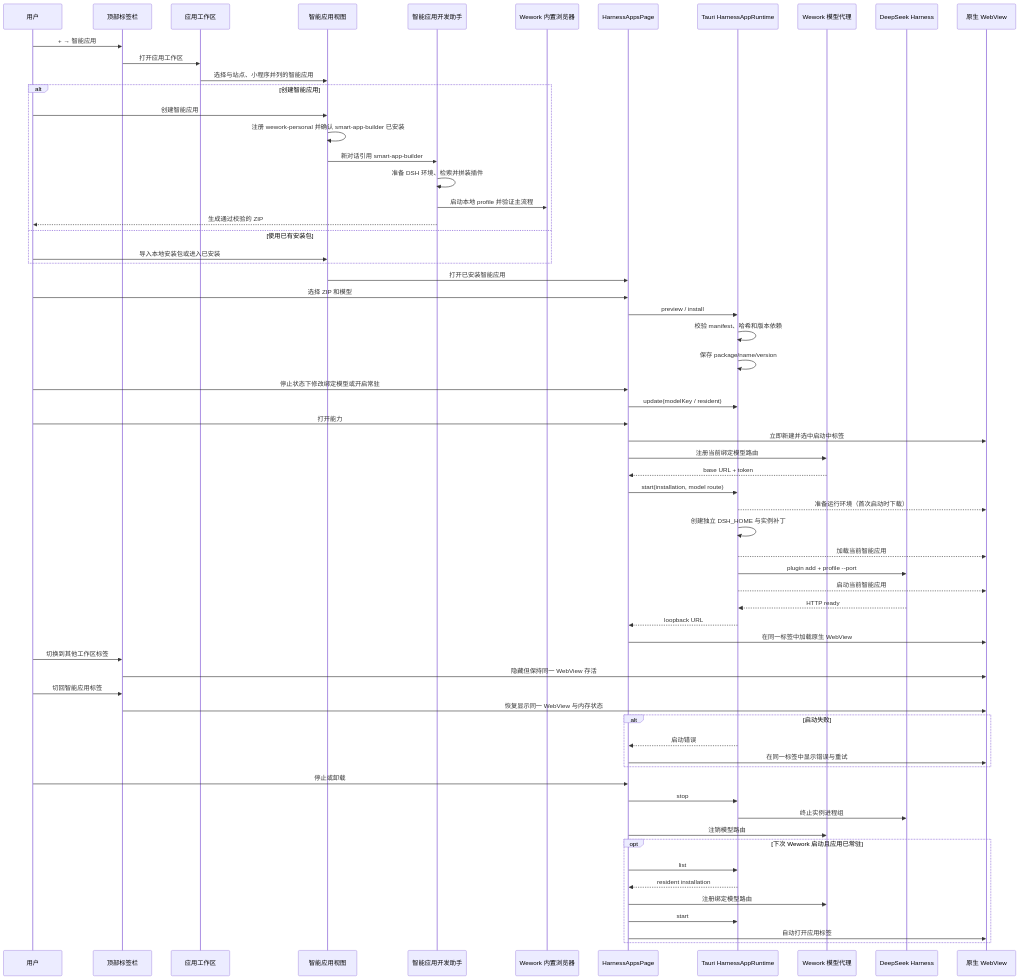
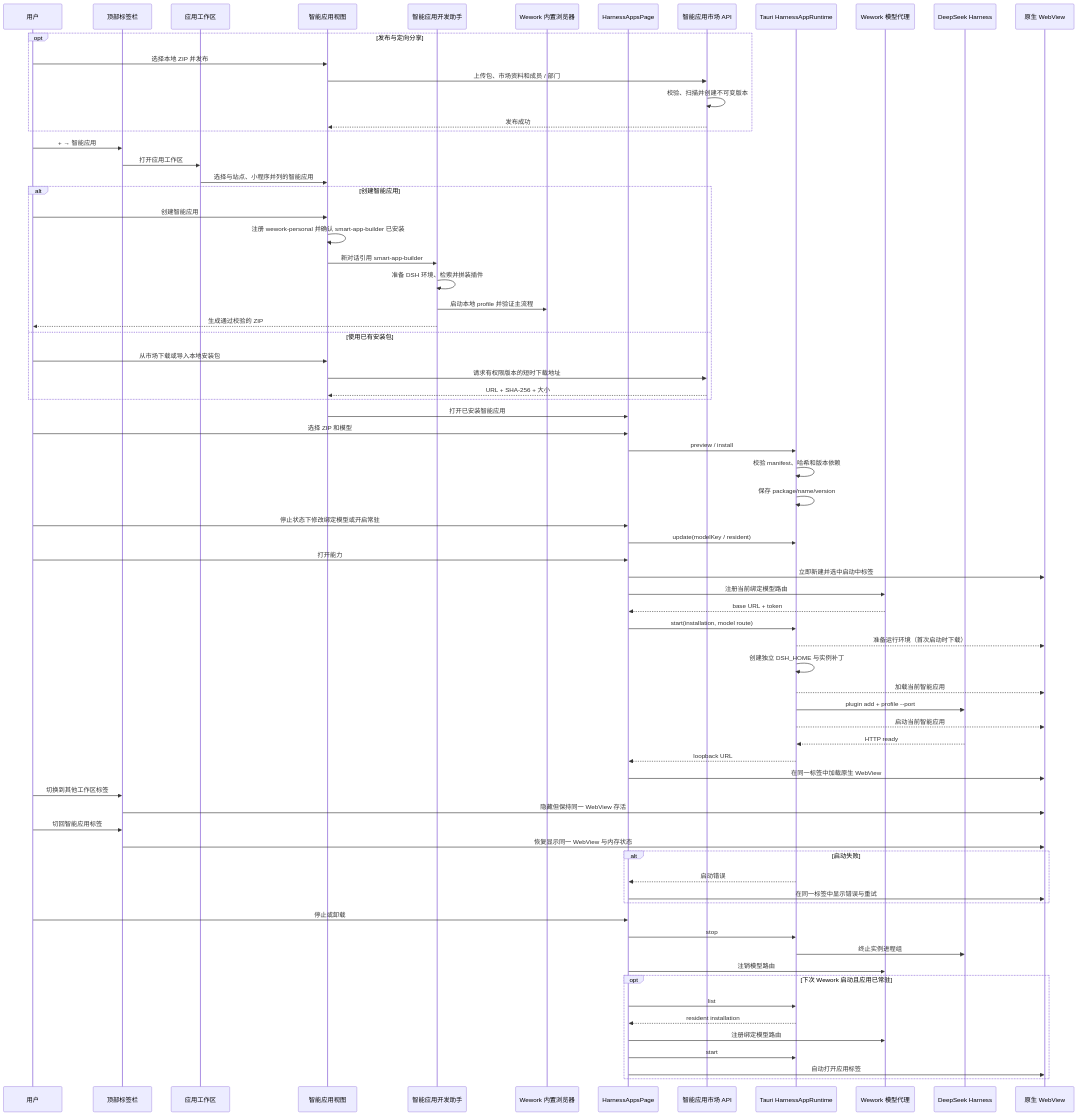
One commit to wecode-ai/Wegent changed the second of 2 diagrams in docs/zh/architecture/deepseek-harness-apps.md. Above: the diagram before and after it, drawn with Mermaid. The commit also changed other lines of this file and 39 other files, not shown here.

````diff
--- a/docs/zh/architecture/deepseek-harness-apps.md
+++ b/docs/zh/architecture/deepseek-harness-apps.md
@@ -57,68 +64,78 @@
 ```mermaid
 sequenceDiagram
     participant U as 用户
     participant C as 顶部标签栏
     participant A as 应用工作区
     participant M as 智能应用视图
     participant B as 智能应用开发助手
     participant WB as Wework 内置浏览器
     participant UI as HarnessAppsPage
+    participant API as 智能应用市场 API
     participant T as Tauri HarnessAppRuntime
     participant P as Wework 模型代理
     participant D as DeepSeek Harness
     participant W as 原生 WebView
+
+    opt 发布与定向分享
+        U->>M: 选择本地 ZIP 并发布
+        M->>API: 上传包、市场资料和成员 / 部门
+        API->>API: 校验、扫描并创建不可变版本
+        API-->>M: 发布成功
+    end
 
     U->>C: + → 智能应用
     C->>A: 打开应用工作区
     A->>M: 选择与站点、小程序并列的智能应用
     alt 创建智能应用
         U->>M: 创建智能应用
         M->>M: 注册 wework-personal 并确认 smart-app-builder 已安装
         M->>B: 新对话引用 smart-app-builder
         B->>B: 准备 DSH 环境、检索并拼装插件
         B->>WB: 启动本地 profile 并验证主流程
         B-->>U: 生成通过校验的 ZIP
     else 使用已有安装包
-        U->>M: 导入本地安装包或进入已安装
+        U->>M: 从市场下载或导入本地安装包
+        M->>API: 请求有权限版本的短时下载地址
+        API-->>M: URL + SHA-256 + 大小
     end
     M->>UI: 打开已安装智能应用
     U->>UI: 选择 ZIP 和模型
     UI->>T: preview / install
     T->>T: 校验 manifest、哈希和版本依赖
     T->>T: 保存 package/name/version
     U->>UI: 停止状态下修改绑定模型或开启常驻
     UI->>T: update(modelKey / resident)
     U->>UI: 打开能力
     UI->>W: 立即新建并选中启动中标签
     UI->>P: 注册当前绑定模型路由
     P-->>UI: base URL + token
     UI->>T: start(installation, model route)
     T-->>W: 准备运行环境（首次启动时下载）
     T->>T: 创建独立 DSH_HOME 与实例补丁
     T-->>W: 加载当前智能应用
     T->>D: plugin add + profile --port
     T-->>W: 启动当前智能应用
     D-->>T: HTTP ready
     T-->>UI: loopback URL
     UI->>W: 在同一标签中加载原生 WebView
     U->>C: 切换到其他工作区标签
     C->>W: 隐藏但保持同一 WebView 存活
     U->>C: 切回智能应用标签
     C->>W: 恢复显示同一 WebView 与内存状态
     alt 启动失败
         T-->>UI: 启动错误
         UI->>W: 在同一标签中显示错误与重试
     end
     U->>UI: 停止或卸载
     UI->>T: stop
     T->>D: 终止实例进程组
     UI->>P: 注销模型路由
 
     opt 下次 Wework 启动且应用已常驻
         UI->>T: list
         T-->>UI: resident installation
         UI->>P: 注册绑定模型路由
         UI->>T: start
         UI->>W: 自动打开应用标签
     end
 ```
````
